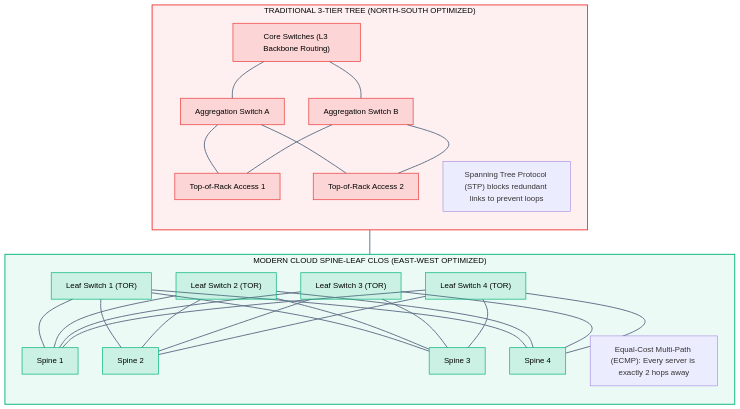
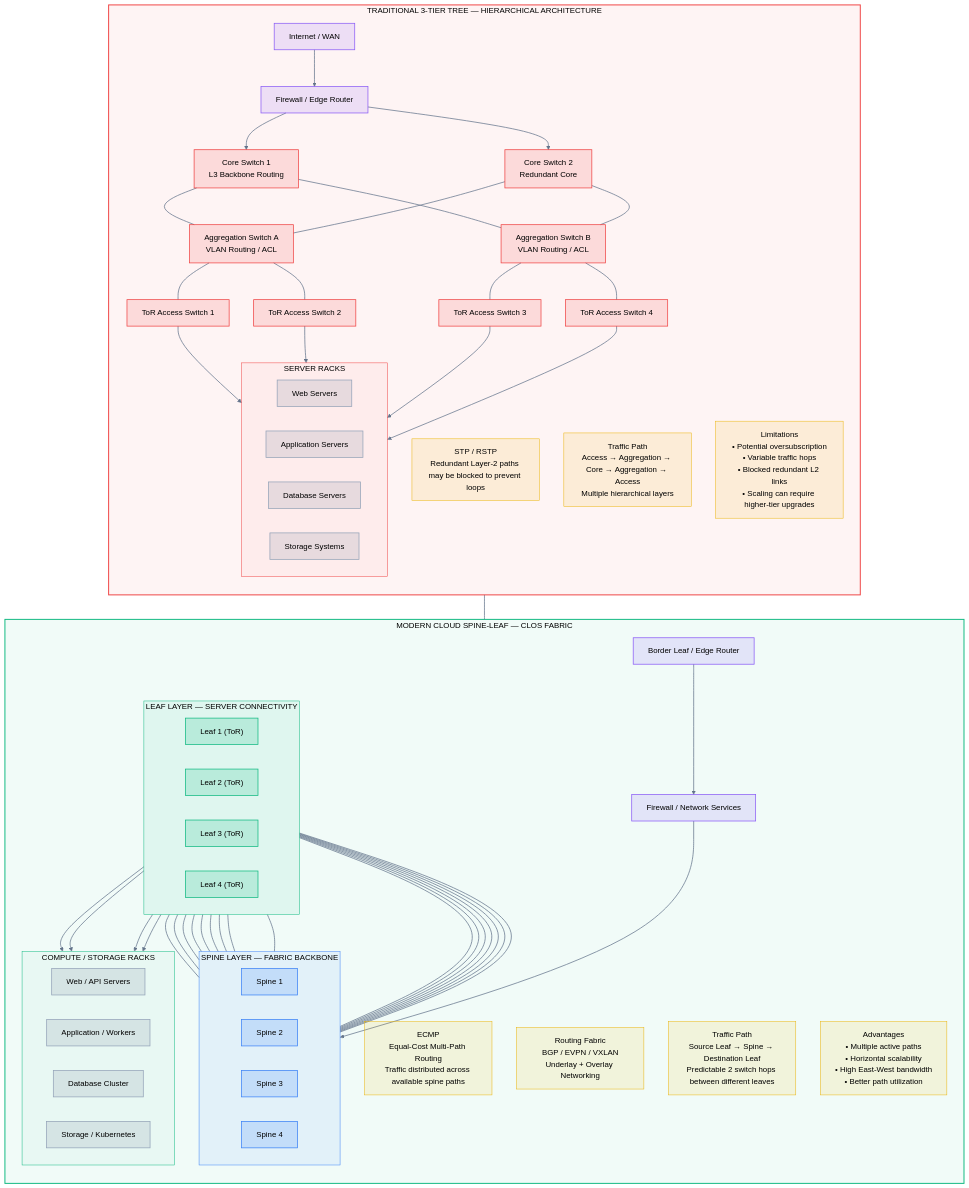
Before and after one commit to vikram-interloid/cloud-engineering: the second of 5 diagrams in 00-Foundations/01-cloud-computing/03_Traditional_Data_Center_Architecture.md, drawn with Mermaid. The commit also changed other lines of this file and 18 other files, not shown here.

````diff
--- a/00-Foundations/01-cloud-computing/03_Traditional_Data_Center_Architecture.md
+++ b/00-Foundations/01-cloud-computing/03_Traditional_Data_Center_Architecture.md
@@ -79,47 +79,142 @@
 ```mermaid
+
 flowchart TD
-    subgraph LEGACY["TRADITIONAL 3-TIER TREE (NORTH-SOUTH OPTIMIZED)"]
+
+    subgraph LEGACY["TRADITIONAL 3-TIER TREE — HIERARCHICAL ARCHITECTURE"]
         direction TB
-        CORE["Core Switches (L3 Backbone Routing)"]
-        AGG1["Aggregation Switch A"]
-        AGG2["Aggregation Switch B"]
-        ACC1["Top-of-Rack Access 1"]
-        ACC2["Top-of-Rack Access 2"]
-        CORE --- AGG1 & AGG2
-        AGG1 --- ACC1 & ACC2
-        AGG2 --- ACC1 & ACC2
-        STP_NOTE["Spanning Tree Protocol (STP) blocks redundant links to prevent loops"]
+
+        INTERNET["Internet / WAN"]
+        FW["Firewall / Edge Router"]
+
+        CORE1["Core Switch 1<br/>L3 Backbone Routing"]
+        CORE2["Core Switch 2<br/>Redundant Core"]
+
+        AGG1["Aggregation Switch A<br/>VLAN Routing / ACL"]
+        AGG2["Aggregation Switch B<br/>VLAN Routing / ACL"]
+
+        ACC1["ToR Access Switch 1"]
+        ACC2["ToR Access Switch 2"]
+        ACC3["ToR Access Switch 3"]
+        ACC4["ToR Access Switch 4"]
+
+        subgraph LEGACY_RACKS["SERVER RACKS"]
+            direction LR
+            SRV1["Web Servers"]
+            SRV2["Application Servers"]
+            SRV3["Database Servers"]
+            SRV4["Storage Systems"]
+        end
+
+        INTERNET --> FW
+        FW --> CORE1 & CORE2
+
+        CORE1 --- AGG1
+        CORE1 --- AGG2
+        CORE2 --- AGG1
+        CORE2 --- AGG2
+
+        AGG1 --- ACC1
+        AGG1 --- ACC2
+        AGG2 --- ACC3
+        AGG2 --- ACC4
+
+        ACC1 --> SRV1
+        ACC2 --> SRV2
+        ACC3 --> SRV3
+        ACC4 --> SRV4
+
+        STP["STP / RSTP<br/>Redundant Layer-2 paths may be blocked to prevent loops"]
+
+        TREE_NOTE["Traffic Path<br/>Access → Aggregation → Core → Aggregation → Access<br/>Multiple hierarchical layers"]
+
+        LEGACY_LIMIT["Limitations<br/>• Potential oversubscription<br/>• Variable traffic hops<br/>• Blocked redundant L2 links<br/>• Scaling can require higher-tier upgrades"]
     end
 
-    subgraph SPINE_LEAF["MODERN CLOUD SPINE-LEAF CLOS (EAST-WEST OPTIMIZED)"]
+    subgraph SPINE_LEAF["MODERN CLOUD SPINE-LEAF — CLOS FABRIC"]
         direction TB
-        SP1["Spine 1"]
-        SP2["Spine 2"]
-        SP3["Spine 3"]
-        SP4["Spine 4"]
-        LF1["Leaf Switch 1 (TOR)"]
-        LF2["Leaf Switch 2 (TOR)"]
-        LF3["Leaf Switch 3 (TOR)"]
-        LF4["Leaf Switch 4 (TOR)"]
+
+        BORDER["Border Leaf / Edge Router"]
+        FW2["Firewall / Network Services"]
+
+        subgraph SPINE_LAYER["SPINE LAYER — FABRIC BACKBONE"]
+            direction LR
+            SP1["Spine 1"]
+            SP2["Spine 2"]
+            SP3["Spine 3"]
+            SP4["Spine 4"]
+        end
+
+        subgraph LEAF_LAYER["LEAF LAYER — SERVER CONNECTIVITY"]
+            direction LR
+            LF1["Leaf 1 (ToR)"]
+            LF2["Leaf 2 (ToR)"]
+            LF3["Leaf 3 (ToR)"]
+            LF4["Leaf 4 (ToR)"]
+        end
+
+        subgraph CLOUD_RACKS["COMPUTE / STORAGE RACKS"]
+            direction LR
+            CR1["Web / API Servers"]
+            CR2["Application / Workers"]
+            CR3["Database Cluster"]
+            CR4["Storage / Kubernetes"]
+        end
+
+        BORDER --> FW2
+        FW2 --> SP1
 
         LF1 --- SP1 & SP2 & SP3 & SP4
         LF2 --- SP1 & SP2 & SP3 & SP4
         LF3 --- SP1 & SP2 & SP3 & SP4
         LF4 --- SP1 & SP2 & SP3 & SP4
-        ECMP_NOTE["Equal-Cost Multi-Path (ECMP): Every server is exactly 2 hops away"]
+
+        LF1 --> CR1
+        LF2 --> CR2
+        LF3 --> CR3
+        LF4 --> CR4
+
+        ECMP["ECMP<br/>Equal-Cost Multi-Path Routing<br/>Traffic distributed across available spine paths"]
+
+        ROUTING["Routing Fabric<br/>BGP / EVPN / VXLAN<br/>Underlay + Overlay Networking"]
+
+        SL_NOTE["Traffic Path<br/>Source Leaf → Spine → Destination Leaf<br/>Predictable 2 switch hops between different leaves"]
+
+        SL_BENEFITS["Advantages<br/>• Multiple active paths<br/>• Horizontal scalability<br/>• High East-West bandwidth<br/>• Better path utilization"]
     end
 
     LEGACY ~~~ SPINE_LEAF
 
-    %% Theme Styling
-    style LEGACY fill:#ef4444,fill-opacity:0.08,stroke:#ef4444,stroke-width:2px,color:inherit
-    style SPINE_LEAF fill:#10b981,fill-opacity:0.08,stroke:#10b981,stroke-width:2px,color:inherit
+    %% Legacy styling
+    style LEGACY fill:#ef4444,fill-opacity:0.06,stroke:#ef4444,stroke-width:2px,color:inherit
+    style LEGACY_RACKS fill:#ef4444,fill-opacity:0.04,stroke:#ef4444,stroke-width:1px,color:inherit
+    style SPINE_LEAF fill:#10b981,fill-opacity:0.06,stroke:#10b981,stroke-width:2px,color:inherit
+    style SPINE_LAYER fill:#3b82f6,fill-opacity:0.08,stroke:#3b82f6,stroke-width:1px,color:inherit
+    style LEAF_LAYER fill:#10b981,fill-opacity:0.08,stroke:#10b981,stroke-width:1px,color:inherit
+    style CLOUD_RACKS fill:#10b981,fill-opacity:0.04,stroke:#10b981,stroke-width:1px,color:inherit
 
+    %% Legacy nodes
     classDef legNode fill:#ef4444,fill-opacity:0.15,stroke:#ef4444,stroke-width:1.5px,color:inherit
-    class CORE,AGG1,AGG2,ACC1,ACC2 legNode
+    class CORE1,CORE2,AGG1,AGG2,ACC1,ACC2,ACC3,ACC4 legNode
 
-    classDef slNode fill:#10b981,fill-opacity:0.15,stroke:#10b981,stroke-width:1.5px,color:inherit
-    class SP1,SP2,SP3,SP4,LF1,LF2,LF3,LF4 slNode
+    %% Spine nodes
+    classDef spineNode fill:#3b82f6,fill-opacity:0.18,stroke:#3b82f6,stroke-width:1.5px,color:inherit
+    class SP1,SP2,SP3,SP4 spineNode
 
-    linkStyle default stroke:#64748b,stroke-width:2px
+    %% Leaf nodes
+    classDef leafNode fill:#10b981,fill-opacity:0.18,stroke:#10b981,stroke-width:1.5px,color:inherit
+    class LF1,LF2,LF3,LF4 leafNode
+
+    %% Endpoints
+    classDef endpoint fill:#64748b,fill-opacity:0.15,stroke:#94a3b8,stroke-width:1.5px,color:inherit
+    class SRV1,SRV2,SRV3,SRV4,CR1,CR2,CR3,CR4 endpoint
+
+    %% Notes
+    classDef note fill:#eab308,fill-opacity:0.12,stroke:#eab308,stroke-width:1px,color:inherit
+    class STP,TREE_NOTE,LEGACY_LIMIT,ECMP,ROUTING,SL_NOTE,SL_BENEFITS note
+
+    classDef external fill:#8b5cf6,fill-opacity:0.15,stroke:#8b5cf6,stroke-width:1.5px,color:inherit
+    class INTERNET,FW,BORDER,FW2 external
+
+    linkStyle default stroke:#64748b,stroke-width:1.5px
+
 ```
````
